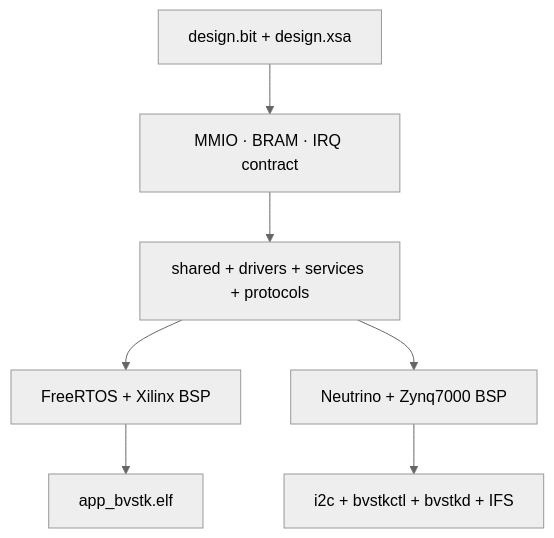
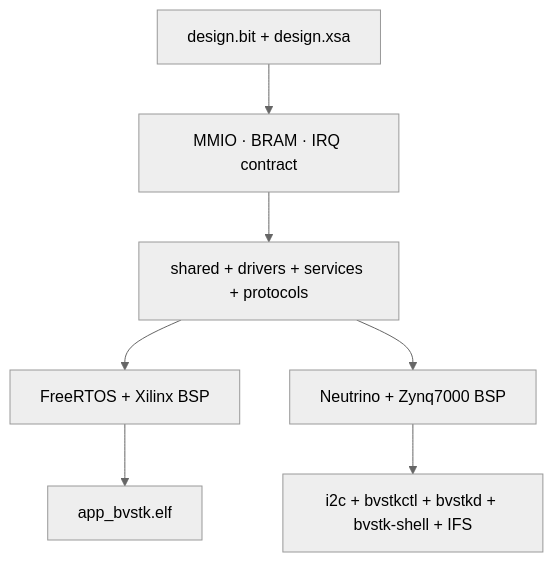
One commit to igtrefilov/bvstk changed the first of 3 diagrams in docs/dev/multi-os.md. Above: the diagram before and after it, drawn with Mermaid (neutral theme). The commit also changed other lines of this file and 21 other files, not shown here.

````diff
--- a/docs/dev/multi-os.md
+++ b/docs/dev/multi-os.md
@@ -9,9 +9,9 @@
 ```mermaid
 flowchart TB
     HW["design.bit + design.xsa"] --> CONTRACT["MMIO · BRAM · IRQ contract"]
     CONTRACT --> COMMON["shared + drivers + services + protocols"]
     COMMON --> FRT["FreeRTOS + Xilinx BSP"]
     COMMON --> NTO["Neutrino + Zynq7000 BSP"]
     FRT --> ELF["app_bvstk.elf"]
-    NTO --> BIN["i2c + bvstkctl + bvstkd + IFS"]
+    NTO --> BIN["i2c + bvstkctl + bvstkd + bvstk-shell + IFS"]
 ```
````
